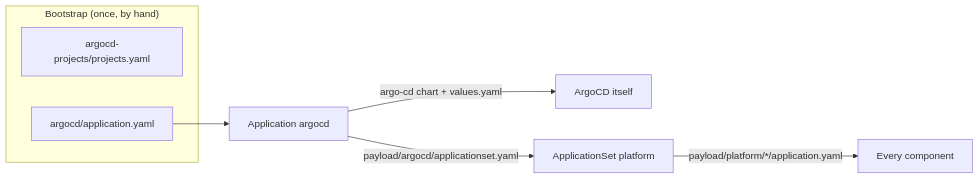
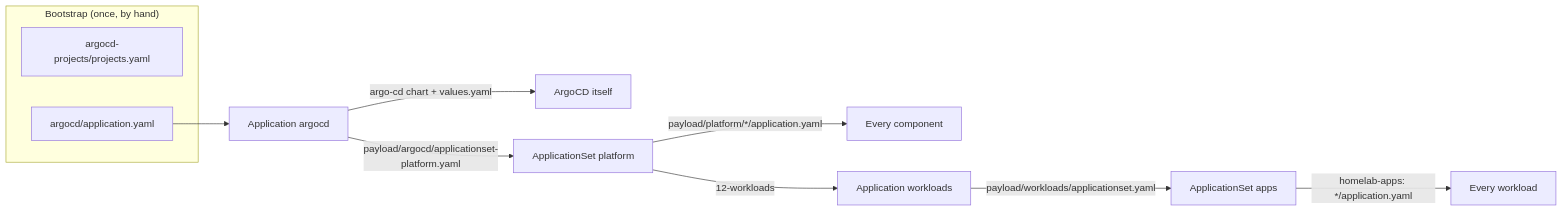
Before and after one commit to JanWelker/homelab: the first of 2 diagrams in docs/architecture/gitops.md, drawn with Mermaid. The commit also changed other lines of this file and 9 other files, not shown here.

First line of the commit message:
feat(gitops): give workloads their own repository and ApplicationSet (#750)

````diff
--- a/docs/architecture/gitops.md
+++ b/docs/architecture/gitops.md
@@ -22,12 +23,15 @@
 ```mermaid
 flowchart LR
     subgraph "Bootstrap (once, by hand)"
         PJ[argocd-projects/projects.yaml]
         AA[argocd/application.yaml]
     end
 
     AA --> AR[Application argocd]
     AR --> |"argo-cd chart + values.yaml"| SELF[ArgoCD itself]
-    AR --> |"payload/argocd/applicationset.yaml"| AS[ApplicationSet platform]
+    AR --> |"payload/argocd/applicationset-platform.yaml"| AS[ApplicationSet platform]
     AS --> |"payload/platform/*/application.yaml"| INFRA[Every component]
+    AS --> |"12-workloads"| WA[Application workloads]
+    WA --> |"payload/workloads/applicationset.yaml"| APPS[ApplicationSet apps]
+    APPS --> |"homelab-apps: */application.yaml"| WL[Every workload]
 ```
````
